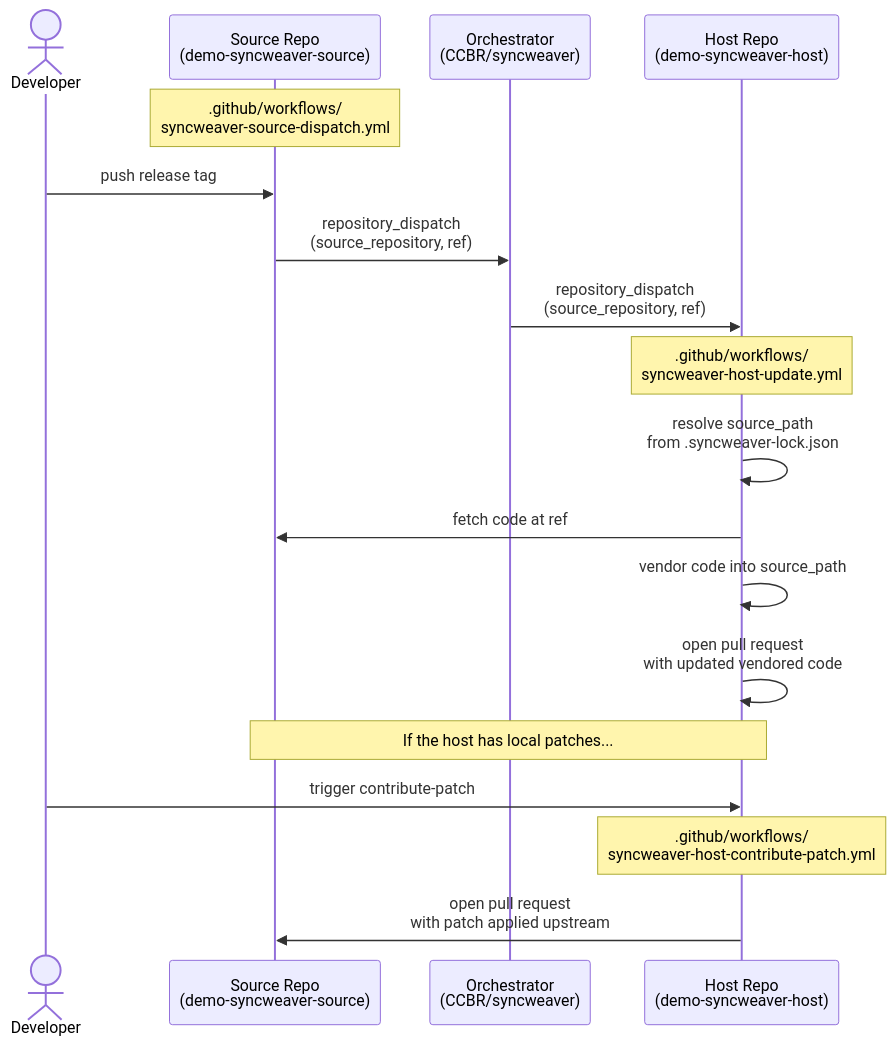
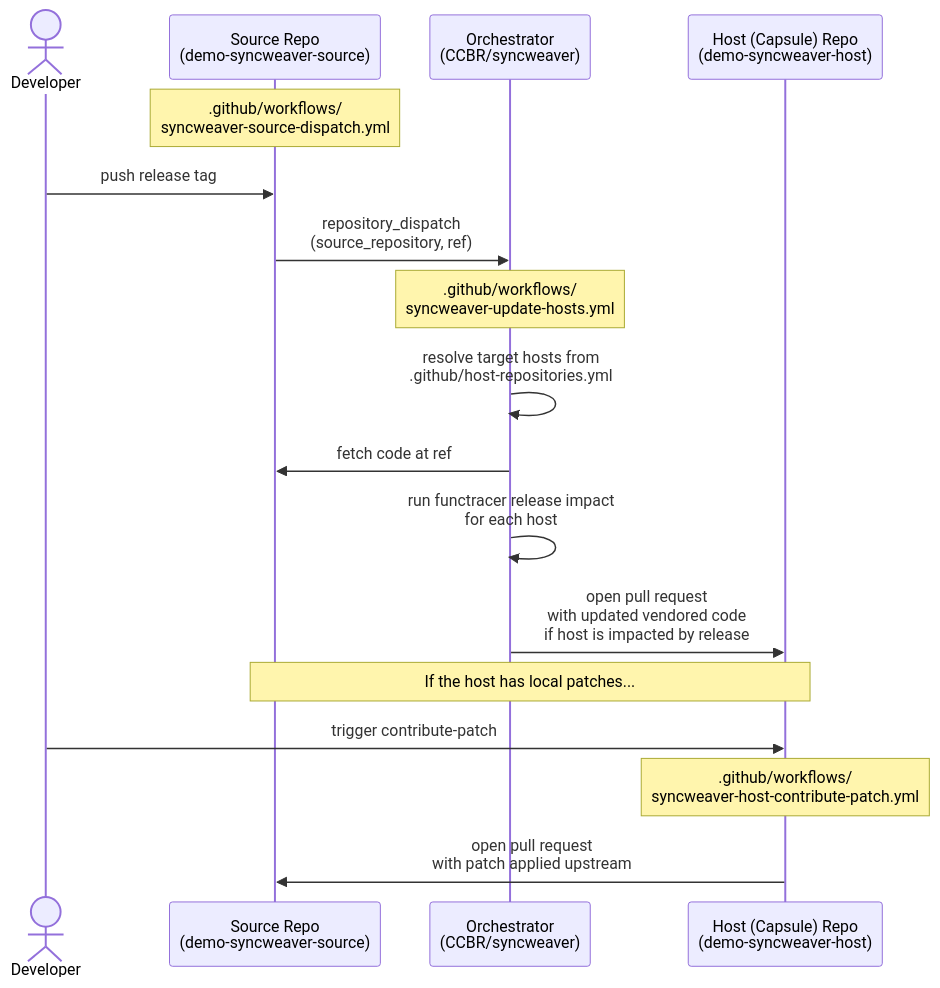
The first of 3 diagrams in docs/guide/index.qmd (CCBR/syncweaver), drawn with Mermaid before and after one commit. The commit also changed other lines of this file, not shown here.

Commit message:
docs: improve diagrams

````diff
--- a/docs/guide/index.qmd
+++ b/docs/guide/index.qmd
@@ -11,27 +11,26 @@
 ```{mermaid}
 sequenceDiagram
     actor Dev as Developer
     participant Src as Source Repo<br/>(demo-syncweaver-source)
     participant SW as Orchestrator<br/>(CCBR/syncweaver)
-    participant Host as Host Repo<br/>(demo-syncweaver-host)
+    participant Host as Host (Capsule) Repo<br/>(demo-syncweaver-host)
 
     Note over Src: .github/workflows/<br/>syncweaver-source-dispatch.yml
 
     Dev->>Src: push release tag
     Src->>SW: repository_dispatch<br/>(source_repository, ref)
 
-    SW->>Host: repository_dispatch<br/>(source_repository, ref)
+    Note over SW: .github/workflows/<br/>syncweaver-update-hosts.yml
 
-    Note over Host: .github/workflows/<br/>syncweaver-host-update.yml
+    SW->>SW: resolve target hosts from<br/>.github/host-repositories.yml
+    SW->>Src: fetch code at ref
+    SW->>SW: run functracer release impact<br/>for each host
 
-    Host->>Host: resolve source_path<br/>from .syncweaver-lock.json
-    Host->>Src: fetch code at ref
-    Host->>Host: vendor code into source_path
-    Host->>Host: open pull request<br/>with updated vendored code
+    SW->>Host: open pull request<br/>with updated vendored code<br/>if host is impacted by release
 
     Note over Host,Src: If the host has local patches...
 
     Dev->>Host: trigger contribute-patch
     Note over Host: .github/workflows/<br/>syncweaver-host-contribute-patch.yml
     Host->>Src: open pull request<br/>with patch applied upstream
 ```
````
